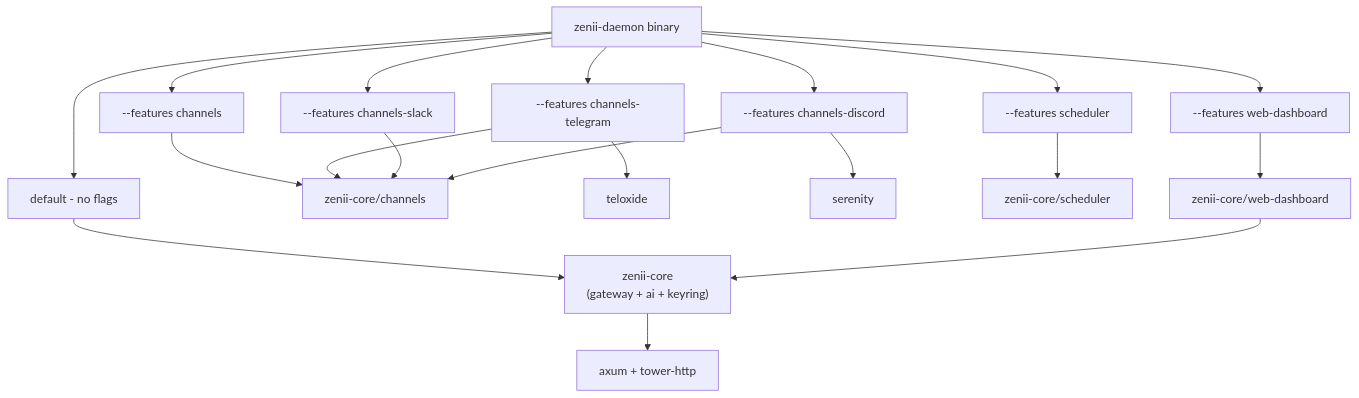
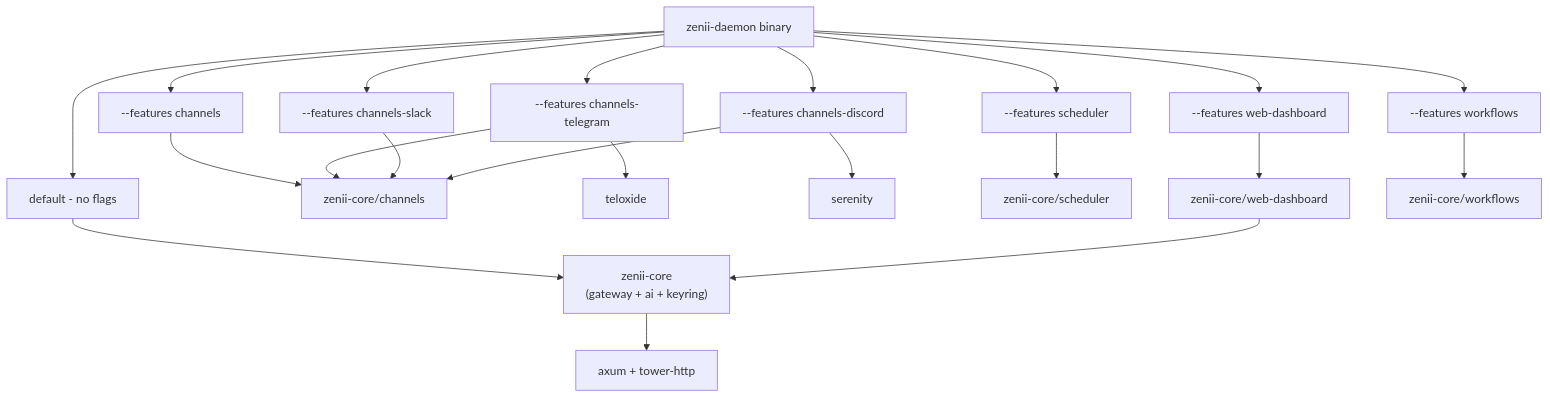
The fourth of 29 diagrams in docs-site/docs/architecture.md (sprklai/zenii), drawn with Mermaid before and after one commit. The commit also changed other lines of this file and 6 other files, not shown here.

````diff
--- a/docs-site/docs/architecture.md
+++ b/docs-site/docs/architecture.md
@@ -278,23 +286,25 @@
 ```mermaid
 graph TD
     Daemon[zenii-daemon binary] --> Default[default - no flags]
     Daemon --> Channels["--features channels"]
     Daemon --> ChTG["--features channels-telegram"]
     Daemon --> ChSL["--features channels-slack"]
     Daemon --> ChDC["--features channels-discord"]
     Daemon --> Scheduler["--features scheduler"]
     Daemon --> Dashboard["--features web-dashboard"]
+    Daemon --> Wkflows["--features workflows"]
 
     Default --> CoreGW["zenii-core<br>#40;gateway + ai + keyring#41;"]
     CoreGW --> Axum[axum + tower-http]
 
     Channels --> CoreCH[zenii-core/channels]
     ChTG --> CoreCH
     ChTG --> Teloxide[teloxide]
     ChSL --> CoreCH
     ChDC --> CoreCH
     ChDC --> Serenity[serenity]
     Scheduler --> CoreSC[zenii-core/scheduler]
     Dashboard --> CoreWD[zenii-core/web-dashboard]
     CoreWD --> CoreGW
+    Wkflows --> CoreWF[zenii-core/workflows]
 ```
````
